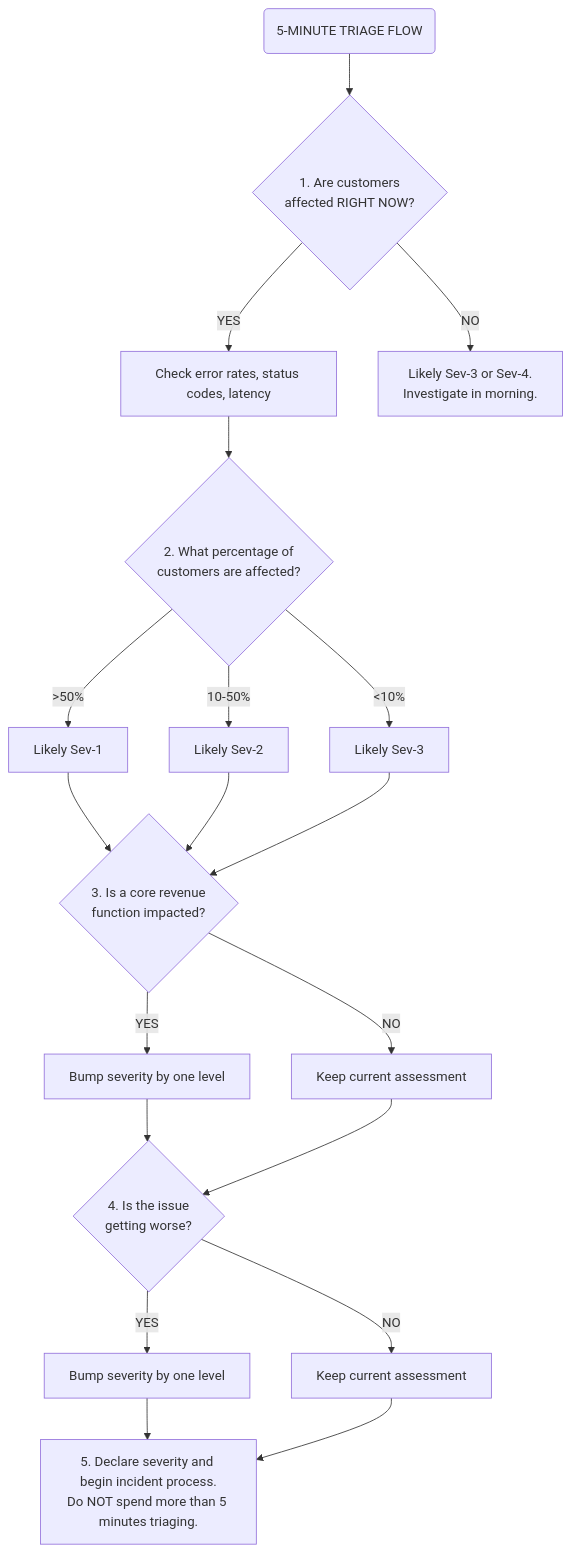
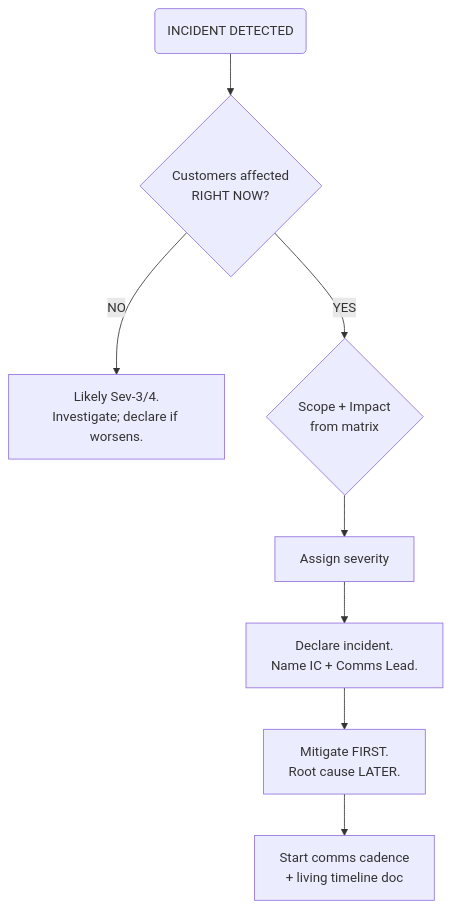
One commit to kube-dojo/kube-dojo changed the second of 3 diagrams in src/content/docs/platform/foundations/engineering-leadership/module-1.1-incident-command.md. Above: the diagram before and after it, drawn with Mermaid. The commit also changed other lines of this file and 2 other files, not shown here.

````diff
--- a/src/content/docs/platform/foundations/engineering-leadership/module-1.1-incident-command.md
+++ b/src/content/docs/platform/foundations/engineering-leadership/module-1.1-incident-command.md
@@ -350,23 +231,10 @@
 ```mermaid
 flowchart TD
-    Start("5-MINUTE TRIAGE FLOW") --> Q1{"1. Are customers<br>affected RIGHT NOW?"}
-    Q1 -- YES --> Action1["Check error rates, status codes, latency"]
-    Q1 -- NO --> End1["Likely Sev-3 or Sev-4.<br>Investigate in morning."]
-    Action1 --> Q2{"2. What percentage of<br>customers are affected?"}
-    Q2 -- ">50%" --> S1["Likely Sev-1"]
-    Q2 -- "10-50%" --> S2["Likely Sev-2"]
-    Q2 -- "<10%" --> S3["Likely Sev-3"]
-    S1 --> Q3
-    S2 --> Q3
-    S3 --> Q3
-    Q3{"3. Is a core revenue<br>function impacted?"}
-    Q3 -- YES --> Bump1["Bump severity by one level"]
-    Q3 -- NO --> Keep1["Keep current assessment"]
-    Bump1 --> Q4
-    Keep1 --> Q4
-    Q4{"4. Is the issue<br>getting worse?"}
-    Q4 -- YES --> Bump2["Bump severity by one level"]
-    Q4 -- NO --> Keep2["Keep current assessment"]
-    Bump2 --> Final["5. Declare severity and begin incident process.<br>Do NOT spend more than 5 minutes triaging."]
-    Keep2 --> Final
+    Start("INCIDENT DETECTED") --> Q1{"Customers affected<br>RIGHT NOW?"}
+    Q1 -- NO --> End1["Likely Sev-3/4.<br>Investigate; declare if worsens."]
+    Q1 -- YES --> Q2{"Scope + Impact<br>from matrix"}
+    Q2 --> SEV["Assign severity"]
+    SEV --> DECLARE["Declare incident.<br>Name IC + Comms Lead."]
+    DECLARE --> MIT["Mitigate FIRST.<br>Root cause LATER."]
+    MIT --> CADENCE["Start comms cadence<br>+ living timeline doc"]
 ```
````
